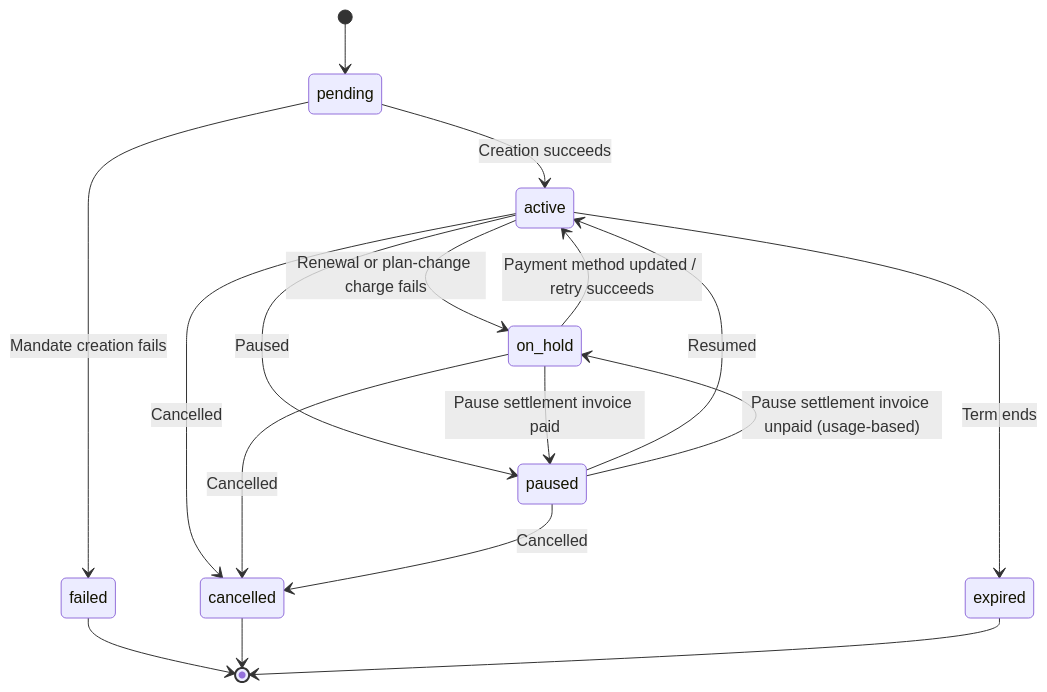
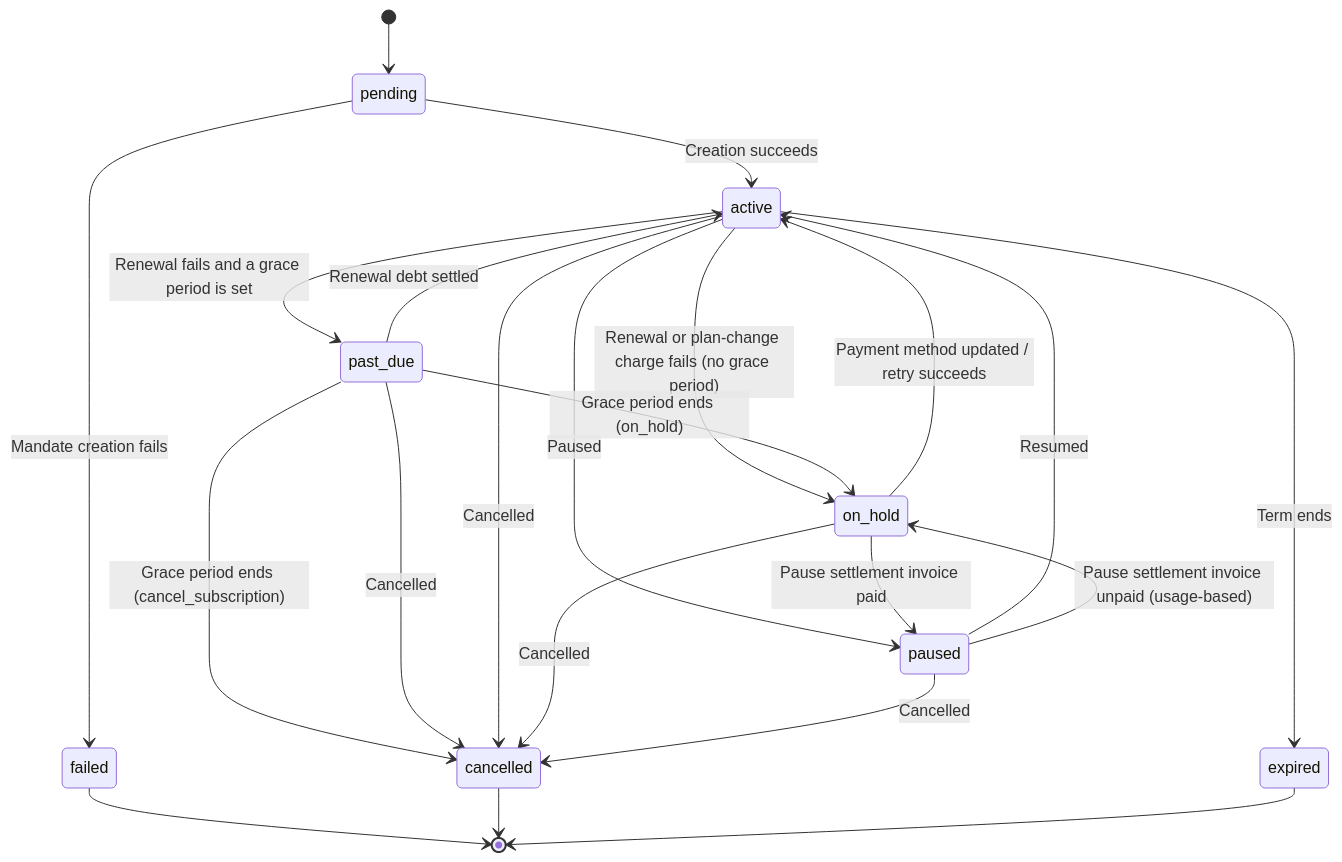
Before and after one commit to dodopayments/dodo-docs: the third of 3 diagrams in features/subscription.mdx, drawn with Mermaid. The commit also changed other lines of this file and 5 other files, not shown here.

First line of the commit message:
docs(subscriptions): document the grace period

````diff
--- a/features/subscription.mdx
+++ b/features/subscription.mdx
@@ -534,19 +539,24 @@
 ```mermaid
 stateDiagram-v2
     [*] --> pending
     pending --> active: Creation succeeds
     pending --> failed: Mandate creation fails
-    active --> on_hold: Renewal or plan-change charge fails
+    active --> on_hold: Renewal or plan-change charge fails (no grace period)
+    active --> past_due: Renewal fails and a grace period is set
+    past_due --> active: Renewal debt settled
+    past_due --> on_hold: Grace period ends (on_hold)
+    past_due --> cancelled: Grace period ends (cancel_subscription)
+    past_due --> cancelled: Cancelled
     on_hold --> active: Payment method updated / retry succeeds
     active --> paused: Paused
     paused --> active: Resumed
     paused --> on_hold: Pause settlement invoice unpaid (usage-based)
     on_hold --> paused: Pause settlement invoice paid
     active --> cancelled: Cancelled
     on_hold --> cancelled: Cancelled
     paused --> cancelled: Cancelled
     active --> expired: Term ends
     failed --> [*]
     cancelled --> [*]
     expired --> [*]
 ```
````
